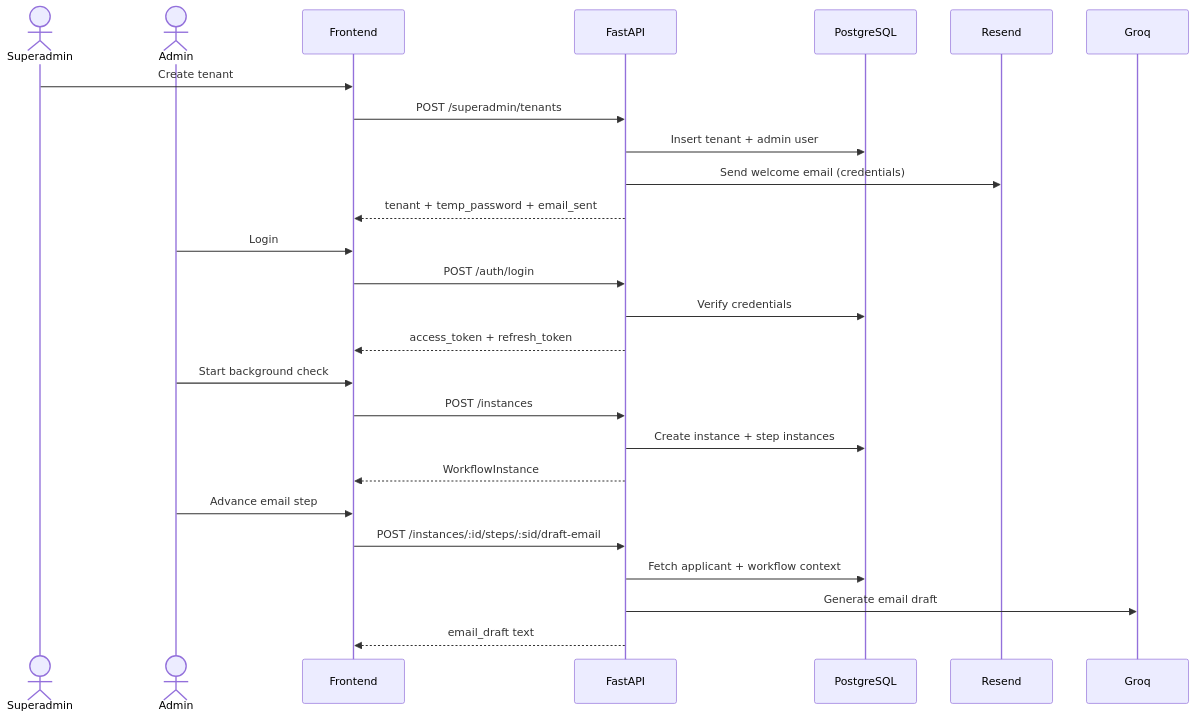
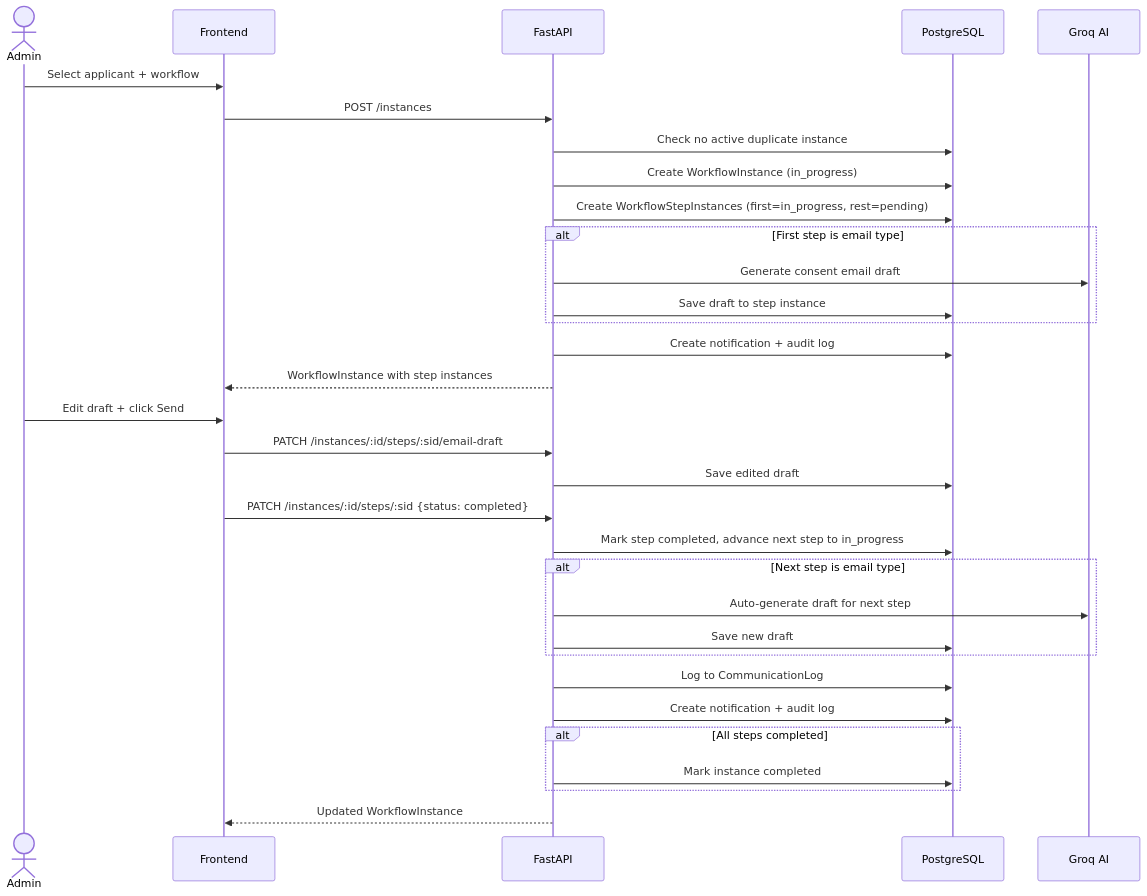
The fifth of 5 diagrams in README.md (richh-s/Veriqo-), drawn with Mermaid before and after one commit. The commit also changed other lines of this file, not shown here.

Commit message:
update arch diagram

````diff
--- a/README.md
+++ b/README.md
@@ -174,31 +277,36 @@
 ```mermaid
 sequenceDiagram
-    actor SA as Superadmin
     actor A as Admin
     participant FE as Frontend
     participant API as FastAPI
     participant DB as PostgreSQL
-    participant Email as Resend
+    participant GROQ as Groq AI
 
-    SA->>FE: Create tenant
-    FE->>API: POST /superadmin/tenants
-    API->>DB: Insert tenant + admin user
-    API->>Email: Send welcome email (credentials)
-    API-->>FE: tenant + temp_password + email_sent
+    A->>FE: Select applicant + workflow
+    FE->>API: POST /instances
+    API->>DB: Check no active duplicate instance
+    API->>DB: Create WorkflowInstance (in_progress)
+    API->>DB: Create WorkflowStepInstances (first=in_progress, rest=pending)
+    alt First step is email type
+        API->>GROQ: Generate consent email draft
+        API->>DB: Save draft to step instance
+    end
+    API->>DB: Create notification + audit log
+    API-->>FE: WorkflowInstance with step instances
 
-    A->>FE: Login
-    FE->>API: POST /auth/login
-    API->>DB: Verify credentials
-    API-->>FE: access_token + refresh_token
-
-    A->>FE: Start background check
-    FE->>API: POST /instances
-    API->>DB: Create instance + step instances
-    API-->>FE: WorkflowInstance
-
-    A->>FE: Advance email step
-    FE->>API: POST /instances/:id/steps/:sid/draft-email
-    API->>DB: Fetch applicant + workflow context
-    API->>Groq: Generate email draft
-    API-->>FE: email_draft text
+    A->>FE: Edit draft + click Send
+    FE->>API: PATCH /instances/:id/steps/:sid/email-draft
+    API->>DB: Save edited draft
+    FE->>API: PATCH /instances/:id/steps/:sid {status: completed}
+    API->>DB: Mark step completed, advance next step to in_progress
+    alt Next step is email type
+        API->>GROQ: Auto-generate draft for next step
+        API->>DB: Save new draft
+    end
+    API->>DB: Log to CommunicationLog
+    API->>DB: Create notification + audit log
+    alt All steps completed
+        API->>DB: Mark instance completed
+    end
+    API-->>FE: Updated WorkflowInstance
 ```
````
